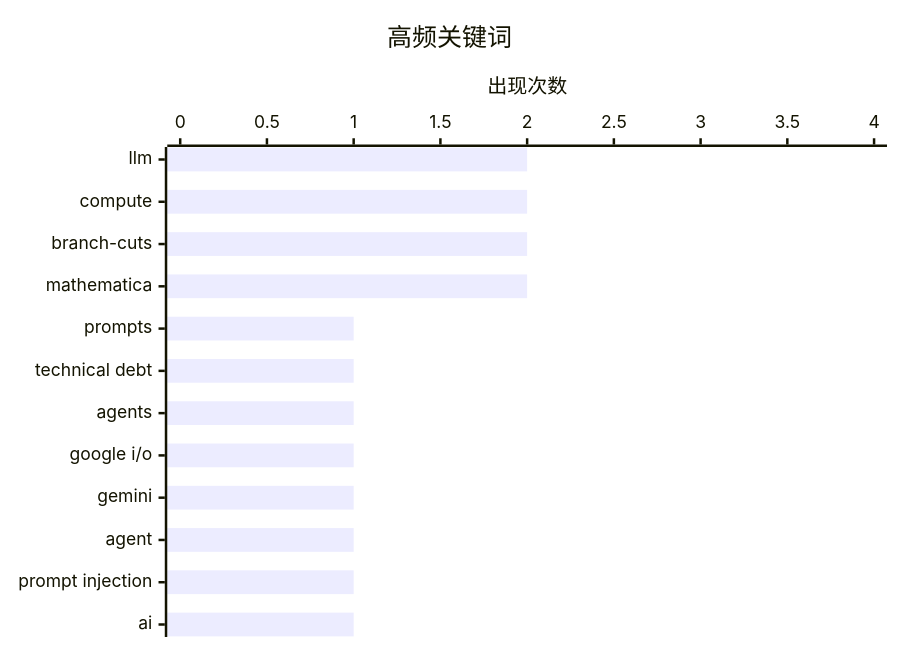
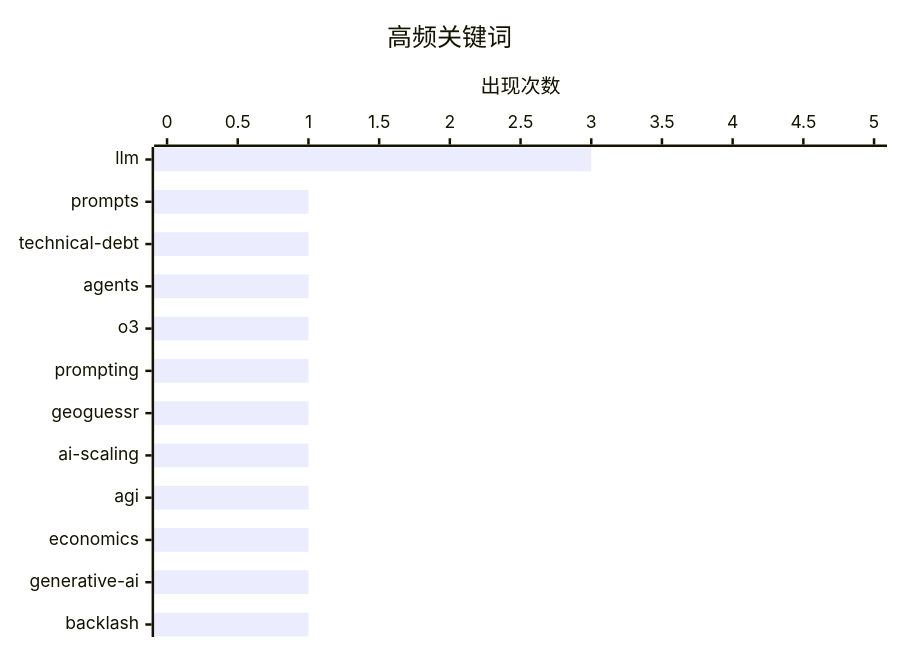
The second of 2 diagrams in content/ai-daily/2026-05-21.md (originem0/SZBlog), drawn with Mermaid before and after one commit. The commit also changed other lines of this file, not shown here.

````diff
--- a/content/ai-daily/2026-05-21.md
+++ b/content/ai-daily/2026-05-21.md
@@ -59,7 +68,7 @@
 ```mermaid
 xychart-beta horizontal
     title "高频关键词"
-    x-axis ["llm", "compute", "branch-cuts", "mathematica", "prompts", "technical debt", "agents", "google i/o", "gemini", "agent", "prompt injection", "ai"]
-    y-axis "出现次数" 0 --> 4
-    bar [2, 2, 2, 2, 1, 1, 1, 1, 1, 1, 1, 1]
+    x-axis ["llm", "prompts", "technical-debt", "agents", "o3", "prompting", "geoguessr", "ai-scaling", "agi", "economics", "generative-ai", "backlash"]
+    y-axis "出现次数" 0 --> 5
+    bar [3, 1, 1, 1, 1, 1, 1, 1, 1, 1, 1, 1]
 ```
````
